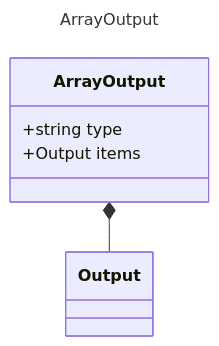
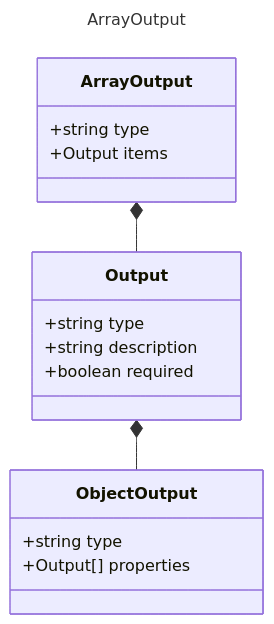
One commit to microsoft/prompty changed the diagram in specification/prompty/docs/ArrayOutput.md. Above: the diagram before and after it, drawn with Mermaid. The commit also changed 14 other files, not shown here.

````diff
--- a/specification/prompty/docs/ArrayOutput.md
+++ b/specification/prompty/docs/ArrayOutput.md
@@ -8,11 +8,21 @@
 ```mermaid
 ---
 title: ArrayOutput
 ---
 classDiagram
+    class Output {
+        +string type
+        +string description
+        +boolean required
+    }
+    class ObjectOutput {
+        +string type
+        +Output[] properties
+    }
     class ArrayOutput {
         +string type
         +Output items
     }
     ArrayOutput *-- Output
+    Output *-- ObjectOutput
 ```
````
